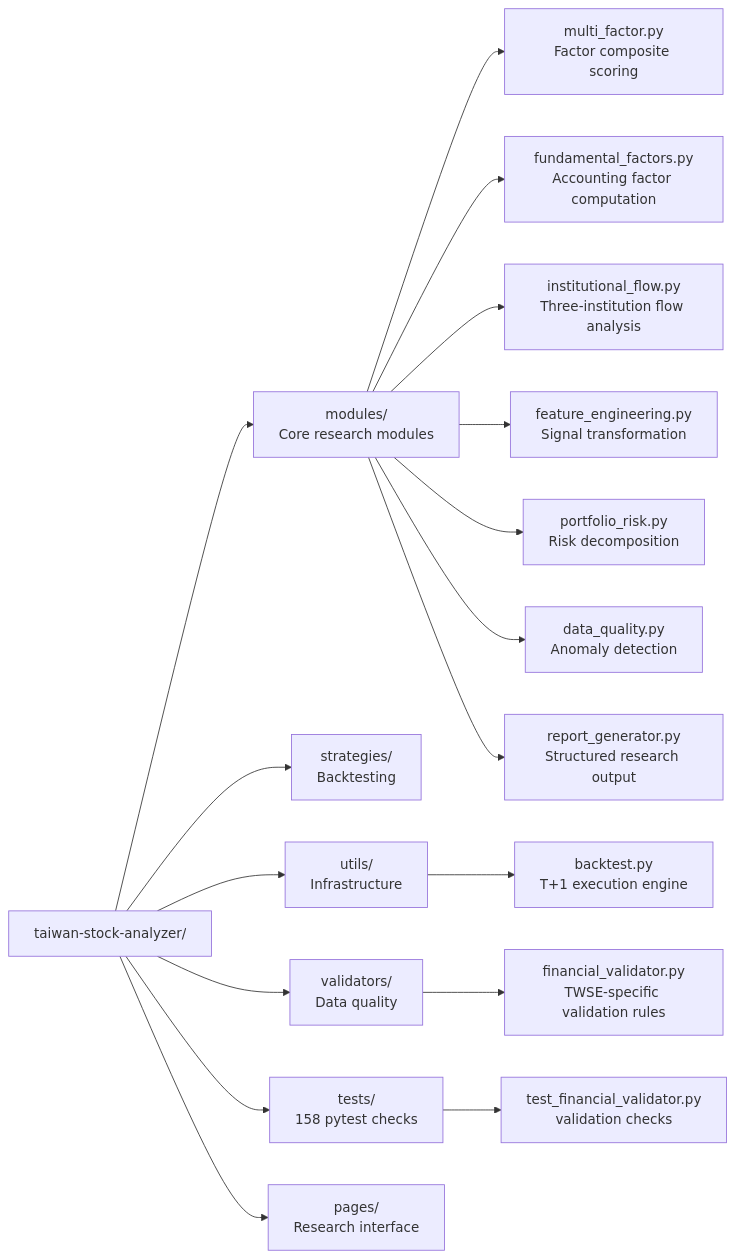
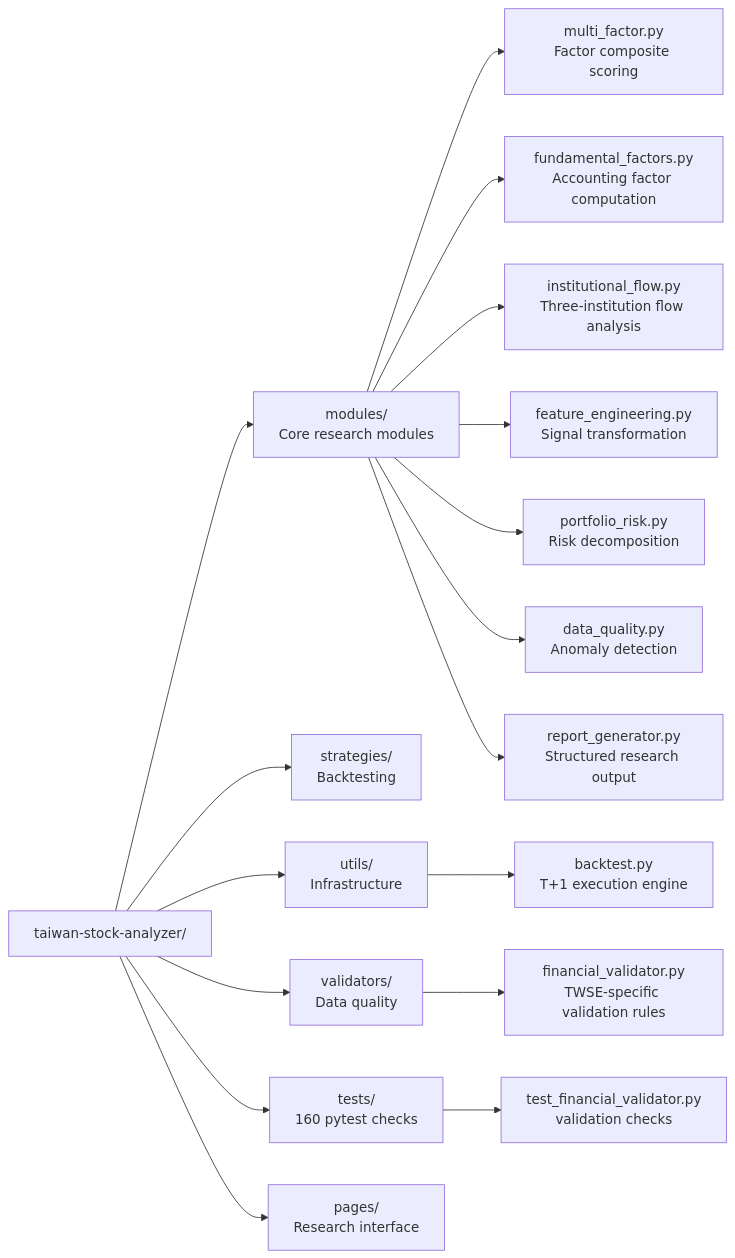
One commit to Harry970417/taiwan-stock-analyzer changed the sixth of 6 diagrams in README.md. Above: the diagram before and after it, drawn with Mermaid. The commit also changed other lines of this file and 4 other files, not shown here.

````diff
--- a/README.md
+++ b/README.md
@@ -365,23 +365,23 @@
 ```mermaid
 flowchart LR
     Root["taiwan-stock-analyzer/"]
 
     Root --> MOD["modules/\nCore research modules"]
     Root --> STR["strategies/\nBacktesting"]
     Root --> UTL["utils/\nInfrastructure"]
     Root --> VAL["validators/\nData quality"]
-    Root --> TST["tests/\n158 pytest checks"]
+    Root --> TST["tests/\n160 pytest checks"]
     Root --> PAG["pages/\nResearch interface"]
 
     MOD --> MF["multi_factor.py\nFactor composite scoring"]
     MOD --> FF["fundamental_factors.py\nAccounting factor computation"]
     MOD --> IF2["institutional_flow.py\nThree-institution flow analysis"]
     MOD --> FE2["feature_engineering.py\nSignal transformation"]
     MOD --> PR["portfolio_risk.py\nRisk decomposition"]
     MOD --> DQ2["data_quality.py\nAnomaly detection"]
     MOD --> RG["report_generator.py\nStructured research output"]
 
     UTL --> BT["backtest.py\nT+1 execution engine"]
     VAL --> FV["financial_validator.py\nTWSE-specific validation rules"]
     TST --> TV["test_financial_validator.py\nvalidation checks"]
 ```
````
